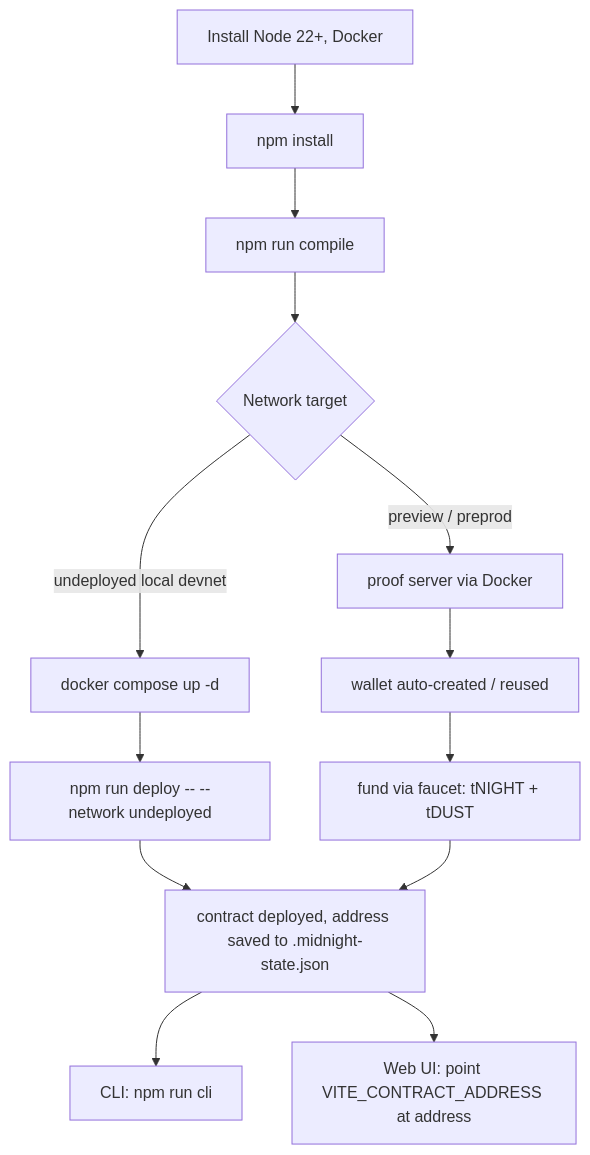
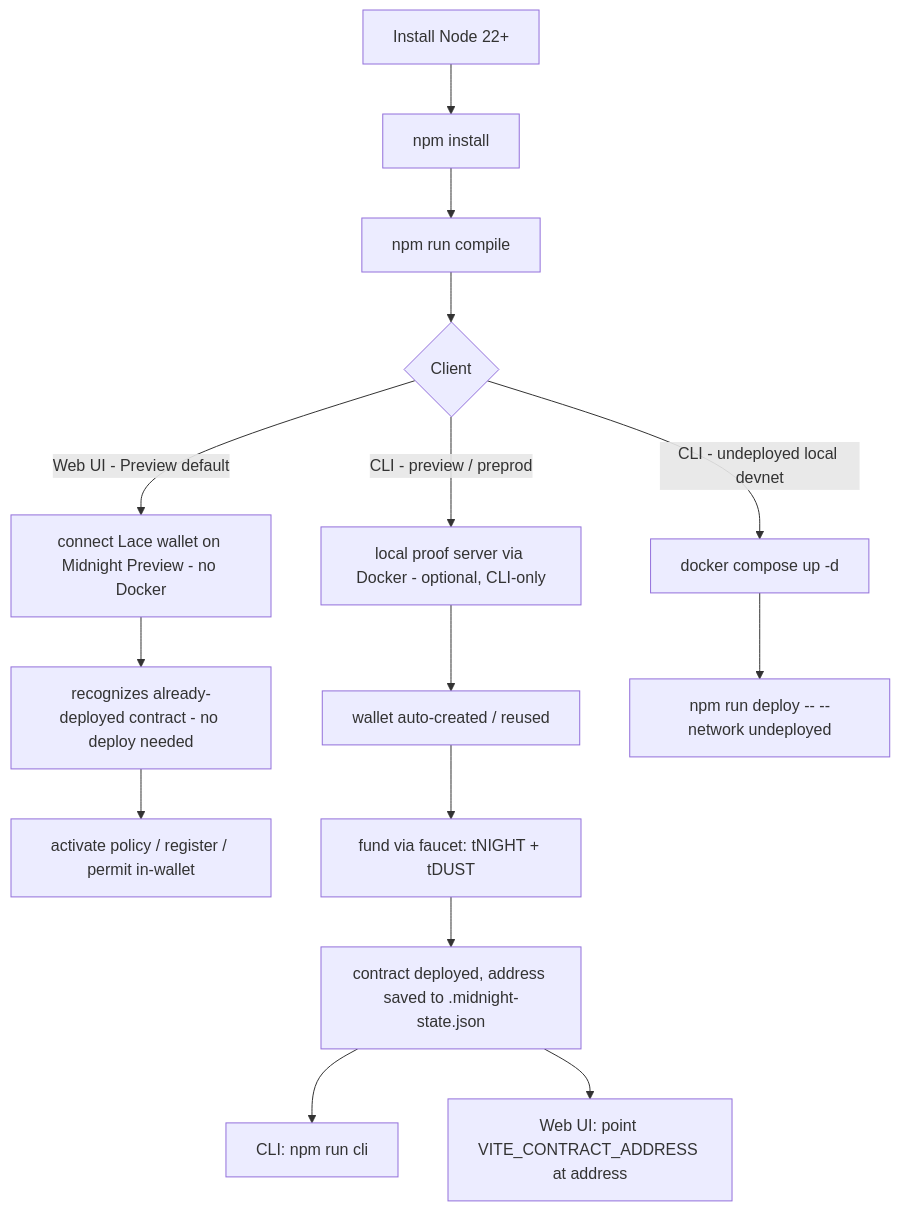
Before and after one commit to sudha16-sketc/ProofGate: the first of 4 diagrams in PROJECT_GUIDE.md, drawn with Mermaid. The commit also changed other lines of this file and 9 other files, not shown here.

Commit message:
fix: configure ProofGate for Midnight Preview

````diff
--- a/PROJECT_GUIDE.md
+++ b/PROJECT_GUIDE.md
@@ -140,15 +141,17 @@
 ```mermaid
 flowchart TD
-    A[Install Node 22+, Docker] --> B[npm install]
+    A[Install Node 22+] --> B[npm install]
     B --> C[npm run compile]
-    C --> D{Network target}
-    D -->|undeployed local devnet| E[docker compose up -d]
-    E --> F[npm run deploy -- --network undeployed]
-    D -->|preview / preprod| G[proof server via Docker]
+    C --> D{Client}
+    D -->|Web UI - Preview default| L1[connect Lace wallet on Midnight Preview - no Docker]
+    L1 --> L2[recognizes already-deployed contract - no deploy needed]
+    L2 --> L3[activate policy / register / permit in-wallet]
+    D -->|CLI - preview / preprod| G[local proof server via Docker - optional, CLI-only]
     G --> H[wallet auto-created / reused]
     H --> I[fund via faucet: tNIGHT + tDUST]
-    F --> J[contract deployed, address saved to .midnight-state.json]
-    I --> J
+    I --> J[contract deployed, address saved to .midnight-state.json]
+    D -->|CLI - undeployed local devnet| E[docker compose up -d]
+    E --> F[npm run deploy -- --network undeployed]
     J --> K[CLI: npm run cli]
     J --> L[Web UI: point VITE_CONTRACT_ADDRESS at address]
 ```
````
